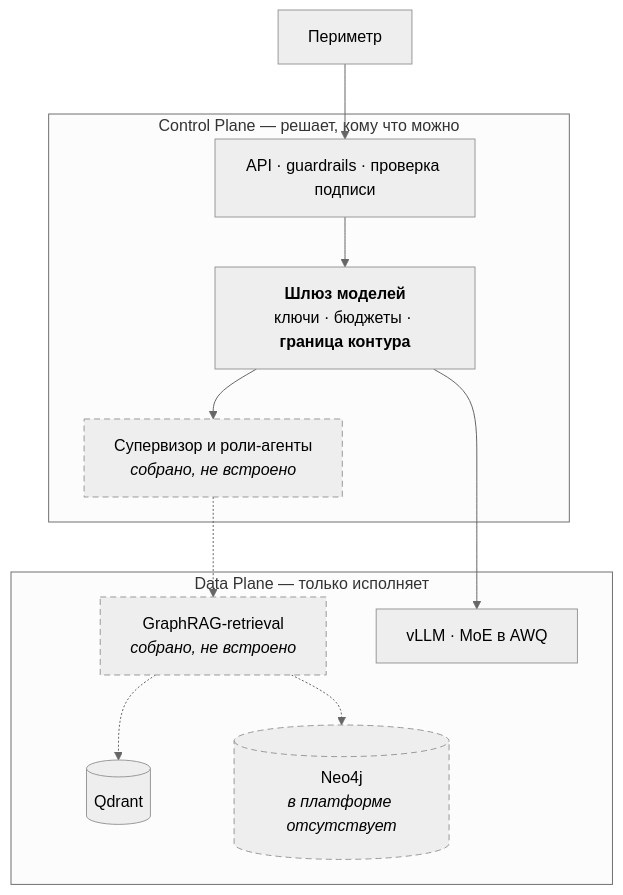
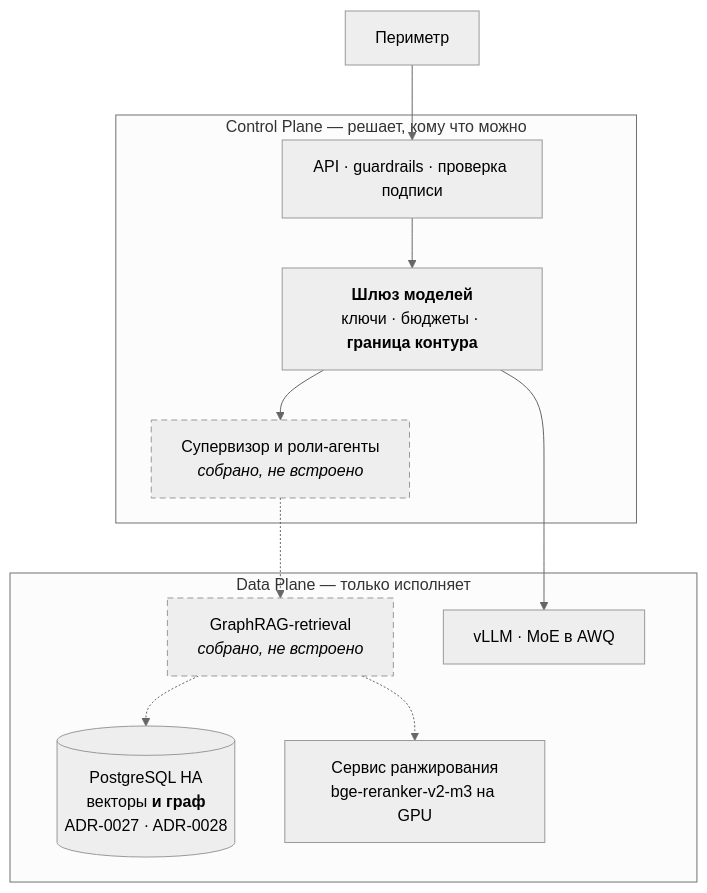
Before and after one commit to ZubikIT/ai-architect: the second of 7 diagrams in final-project/docs/presentation.md, drawn with Mermaid (neutral theme). The commit also changed other lines of this file and 8 other files, not shown here.

````diff
--- a/final-project/docs/presentation.md
+++ b/final-project/docs/presentation.md
@@ -114,20 +114,21 @@
 ```mermaid
 flowchart TB
   npm["Периметр"]
   subgraph cp["Control Plane — решает, кому что можно"]
     api["API · guardrails · проверка подписи"]
     gw["<b>Шлюз моделей</b><br/>ключи · бюджеты · <b>граница контура</b>"]
     sup["Супервизор и роли-агенты<br/><i>собрано, не встроено</i>"]
   end
   subgraph dp["Data Plane — только исполняет"]
     ret["GraphRAG-retrieval<br/><i>собрано, не встроено</i>"]
-    qd[("Qdrant")]
-    neo[("Neo4j<br/><i>в платформе отсутствует</i>")]
+    pg[("PostgreSQL HA<br/>векторы <b>и граф</b><br/>ADR-0027 · ADR-0028")]
+    rr["Сервис ранжирования<br/>bge-reranker-v2-m3 на GPU"]
     vllm["vLLM · MoE в AWQ"]
   end
   npm --> api --> gw --> sup -.-> ret
   gw --> vllm
-  ret -.-> qd & neo
+  ret -.-> pg
+  ret -.-> rr
   classDef planned stroke-dasharray: 6 4
-  class sup,ret,neo planned
+  class sup,ret planned
 ```
````
